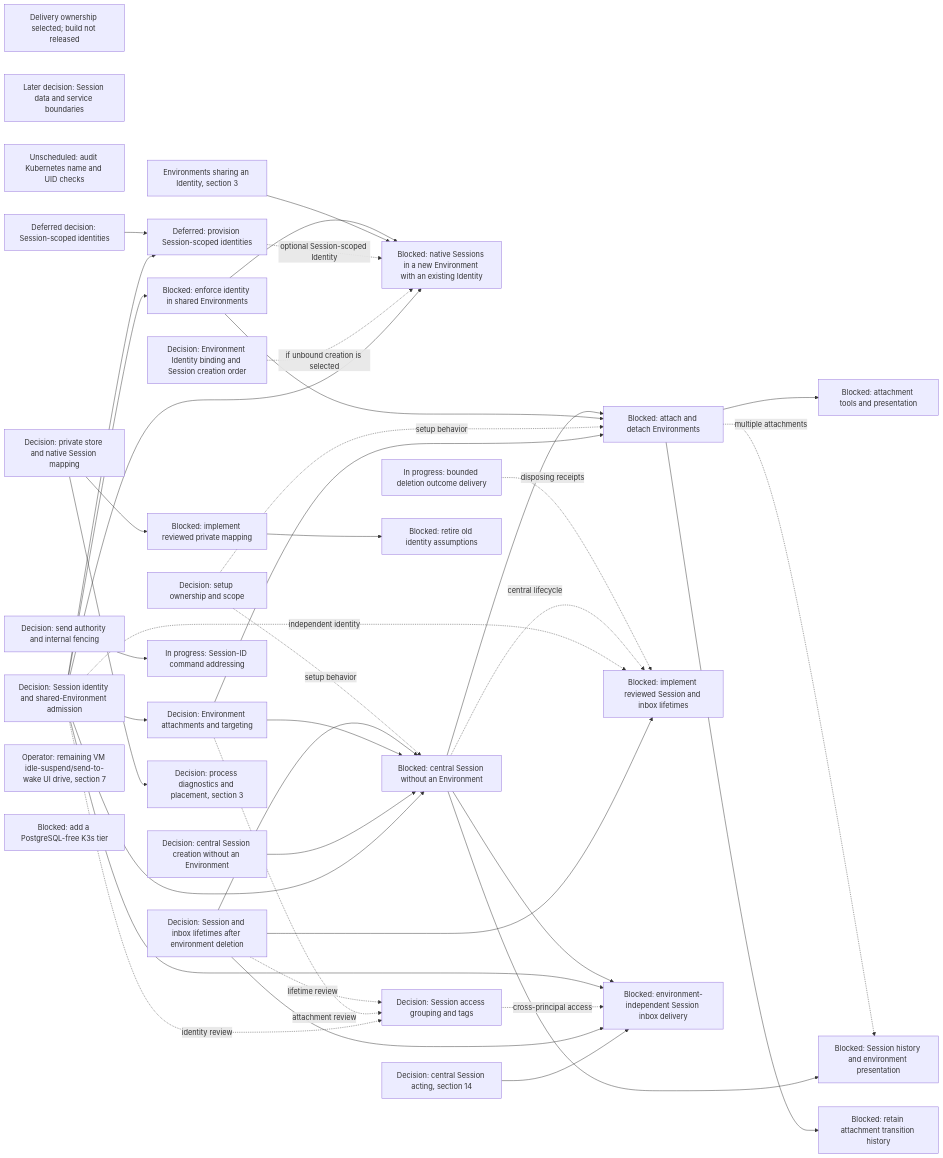
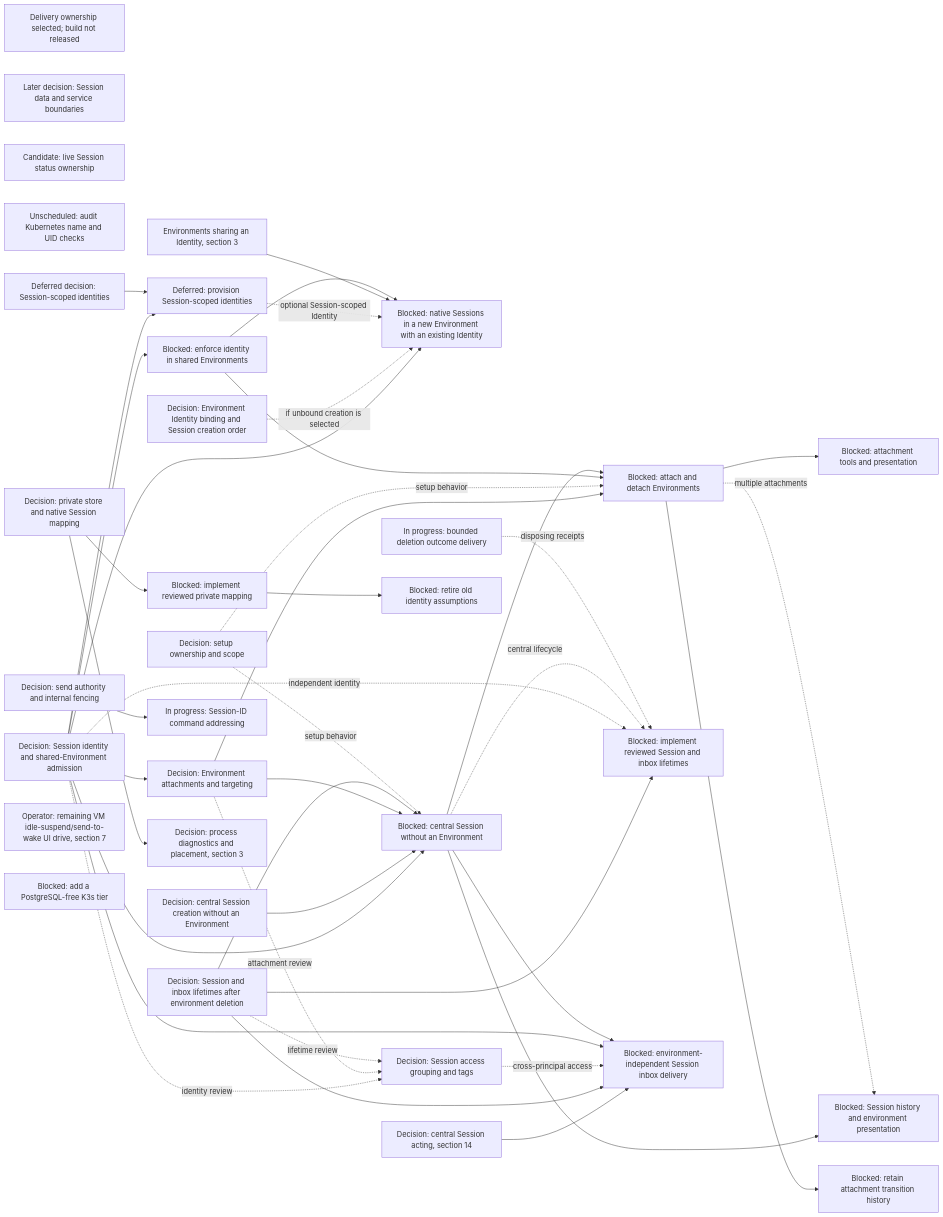
One commit to agentydragon/ducktape changed diagram 16 of 21 in agentplane/plans/task_dag.md. Above: the diagram before and after it, drawn with Mermaid. The commit also changed other lines of this file, not shown here.

Commit message:
agentplane: define live session status ownership task

````diff
--- a/agentplane/plans/task_dag.md
+++ b/agentplane/plans/task_dag.md
@@ -2486,72 +2486,73 @@
 ```mermaid
 flowchart LR
     DISPATCHER_PERSISTENCE_MODEL_DESIGN[Delivery ownership selected; build not released]
     SESSION_DATA_OWNERSHIP_DESIGN[Later decision: Session data and service boundaries]
+    SESSION_LIVE_STATUS_OWNERSHIP_DESIGN[Candidate: live Session status ownership]
     KUBERNETES_UID_CHECK_AUDIT[Unscheduled: audit Kubernetes name and UID checks]
     SESSION_IDENTITY_CONTRACT[Decision: Session identity and shared-Environment admission]
     ENVIRONMENT_IDENTITY_BINDING_DESIGN[Decision: Environment Identity binding and Session creation order]
     SESSION_IDENTITY_PROVISIONING_DESIGN[Deferred decision: Session-scoped identities]
     SESSION_MANAGED_IDENTITY[Deferred: provision Session-scoped identities]
     SESSION_NATIVE_IDENTITY_WORKFLOW[Blocked: native Sessions in a new Environment with an existing Identity]
     ENVIRONMENT_SHARED_IDENTITY[Environments sharing an Identity, section 3]
     SESSION_ACCESS_GROUPING_DESIGN[Decision: Session access grouping and tags]
     CENTRAL_SESSION_CREATION_CONTRACT[Decision: central Session creation without an Environment]
     SESSION_ATTACHMENT_CONTRACT[Decision: Environment attachments and targeting]
     SESSION_ENVIRONMENT_SETUP_DESIGN[Decision: setup ownership and scope]
     SESSION_IDENTITY_ENFORCEMENT[Blocked: enforce identity in shared Environments]
     CENTRAL_SESSION_WITHOUT_ENVIRONMENT[Blocked: central Session without an Environment]
     SESSION_ENV_ATTACHMENTS[Blocked: attach and detach Environments]
     SESSION_ATTACHMENT_SURFACES[Blocked: attachment tools and presentation]
     SESSION_ATTACHMENT_HISTORY[Blocked: retain attachment transition history]
     SESSION_LIFETIME_IMPLEMENTATION[Blocked: implement reviewed Session and inbox lifetimes]
     CENTRAL_SESSION_NOTIFICATIONS[Blocked: environment-independent Session inbox delivery]
     DELIVERY_DESTINATION_AUTHORITY_DESIGN[Decision: send authority and internal fencing]
     SESSION_DELETION_FENCE[In progress: bounded deletion outcome delivery]
     SESSION_AND_INBOX_LIFETIME[Decision: Session and inbox lifetimes after environment deletion]
     DELIVERY_DESTINATION_CONTRACT[In progress: Session-ID command addressing]
     SESSION_HISTORY_PRESENTATION[Blocked: Session history and environment presentation]
     SESSION_IDENTITY_CONTRACT --> CENTRAL_SESSION_WITHOUT_ENVIRONMENT
     CENTRAL_SESSION_ACTING_DESIGN[Decision: central Session acting, section 14] --> CENTRAL_SESSION_NOTIFICATIONS
     CENTRAL_SESSION_CREATION_CONTRACT --> CENTRAL_SESSION_WITHOUT_ENVIRONMENT
     SESSION_ATTACHMENT_CONTRACT --> CENTRAL_SESSION_WITHOUT_ENVIRONMENT
     SESSION_AND_INBOX_LIFETIME --> CENTRAL_SESSION_WITHOUT_ENVIRONMENT
     SESSION_IDENTITY_CONTRACT --> SESSION_IDENTITY_ENFORCEMENT
     SESSION_IDENTITY_CONTRACT --> SESSION_MANAGED_IDENTITY
     SESSION_IDENTITY_PROVISIONING_DESIGN --> SESSION_MANAGED_IDENTITY
     SESSION_IDENTITY_CONTRACT --> SESSION_NATIVE_IDENTITY_WORKFLOW
     ENVIRONMENT_IDENTITY_BINDING_DESIGN -. if unbound creation is selected .-> SESSION_NATIVE_IDENTITY_WORKFLOW
     SESSION_MANAGED_IDENTITY -. optional Session-scoped Identity .-> SESSION_NATIVE_IDENTITY_WORKFLOW
     ENVIRONMENT_SHARED_IDENTITY --> SESSION_NATIVE_IDENTITY_WORKFLOW
     SESSION_IDENTITY_ENFORCEMENT --> SESSION_NATIVE_IDENTITY_WORKFLOW
     SESSION_IDENTITY_CONTRACT --> SESSION_ATTACHMENT_CONTRACT
     SESSION_ATTACHMENT_CONTRACT --> SESSION_ENV_ATTACHMENTS
     SESSION_ENVIRONMENT_SETUP_DESIGN -. setup behavior .-> SESSION_ENV_ATTACHMENTS
     SESSION_ENVIRONMENT_SETUP_DESIGN -. setup behavior .-> CENTRAL_SESSION_WITHOUT_ENVIRONMENT
     SESSION_IDENTITY_ENFORCEMENT --> SESSION_ENV_ATTACHMENTS
     CENTRAL_SESSION_WITHOUT_ENVIRONMENT --> SESSION_ENV_ATTACHMENTS
     SESSION_ENV_ATTACHMENTS --> SESSION_ATTACHMENT_SURFACES
     SESSION_ENV_ATTACHMENTS --> SESSION_ATTACHMENT_HISTORY
     CENTRAL_SESSION_WITHOUT_ENVIRONMENT --> SESSION_HISTORY_PRESENTATION
     SESSION_ENV_ATTACHMENTS -. multiple attachments .-> SESSION_HISTORY_PRESENTATION
     SESSION_AND_INBOX_LIFETIME --> SESSION_LIFETIME_IMPLEMENTATION
     SESSION_IDENTITY_CONTRACT -. independent identity .-> SESSION_LIFETIME_IMPLEMENTATION
     CENTRAL_SESSION_WITHOUT_ENVIRONMENT -. central lifecycle .-> SESSION_LIFETIME_IMPLEMENTATION
     SESSION_DELETION_FENCE -. disposing receipts .-> SESSION_LIFETIME_IMPLEMENTATION
     SESSION_AND_INBOX_LIFETIME --> CENTRAL_SESSION_NOTIFICATIONS
     SESSION_IDENTITY_CONTRACT -. identity review .-> SESSION_ACCESS_GROUPING_DESIGN
     SESSION_ATTACHMENT_CONTRACT -. attachment review .-> SESSION_ACCESS_GROUPING_DESIGN
     SESSION_AND_INBOX_LIFETIME -. lifetime review .-> SESSION_ACCESS_GROUPING_DESIGN
     SESSION_ACCESS_GROUPING_DESIGN -. cross-principal access .-> CENTRAL_SESSION_NOTIFICATIONS
     SESSION_IDENTITY_CONTRACT --> CENTRAL_SESSION_NOTIFICATIONS
     CENTRAL_SESSION_WITHOUT_ENVIRONMENT --> CENTRAL_SESSION_NOTIFICATIONS
     HARNESS_IDENTITY_DESIGN[Decision: private store and native Session mapping]
     RUNNER_STORE_SESSION_IDENTITY[Blocked: implement reviewed private mapping]
     RUNNER_IDENTITY_LEGACY_CLEANUP[Blocked: retire old identity assumptions]
     IDLE_SUSPEND_UI_DRIVE[Operator: remaining VM idle-suspend/send-to-wake UI drive, section 7]
     RUNNER_HARNESS_OBJECTS_DESIGN[Decision: process diagnostics and placement, section 3]
     CNPG_FREE_K3S_INTEGRATION_TIER[Blocked: add a PostgreSQL-free K3s tier]
     DELIVERY_DESTINATION_AUTHORITY_DESIGN --> DELIVERY_DESTINATION_CONTRACT
     RUNNER_STORE_SESSION_IDENTITY --> RUNNER_IDENTITY_LEGACY_CLEANUP
     HARNESS_IDENTITY_DESIGN --> RUNNER_STORE_SESSION_IDENTITY
     HARNESS_IDENTITY_DESIGN --> RUNNER_HARNESS_OBJECTS_DESIGN
 ```
````
